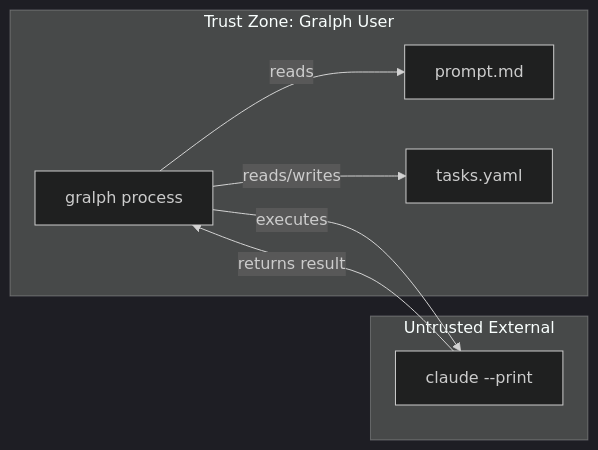
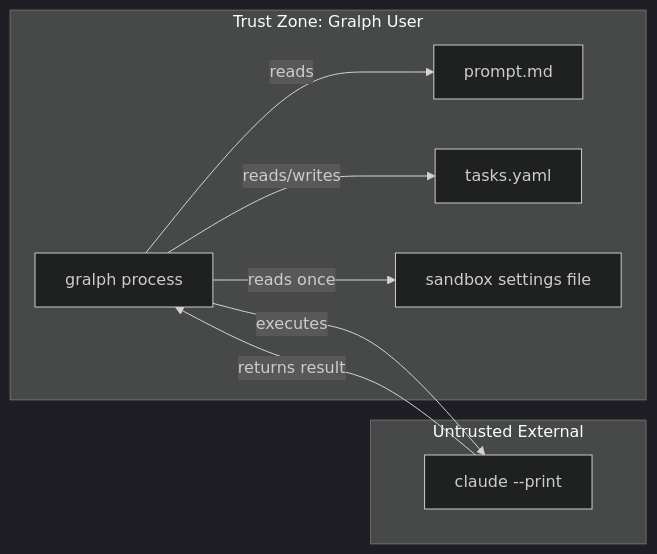
Before and after one commit to twistingmercury/gralph: the fifth of 6 diagrams in docs/architecture/03_system_architecture.md, drawn with Mermaid (dark theme). The commit also changed other lines of this file and 30 other files, not shown here.

First line of the commit message:
Sandboxed sessions: a run needs --sandbox-settings or --skip-permissions (#20)

````diff
--- a/docs/architecture/03_system_architecture.md
+++ b/docs/architecture/03_system_architecture.md
@@ -329,15 +345,17 @@
 ```mermaid
 graph LR
     subgraph TrustZone["Trust Zone: Gralph User"]
         Gralph["gralph process"]
         PromptFile["prompt.md"]
         TaskFile["tasks.yaml"]
+        SettingsFile["sandbox settings file"]
     end
     subgraph External["Untrusted External"]
         Claude["claude --print"]
     end
     Gralph -->|reads| PromptFile
     Gralph -->|reads/writes| TaskFile
+    Gralph -->|reads once| SettingsFile
     Gralph -->|executes|Claude
     Claude -->|returns result| Gralph
 ```
````
